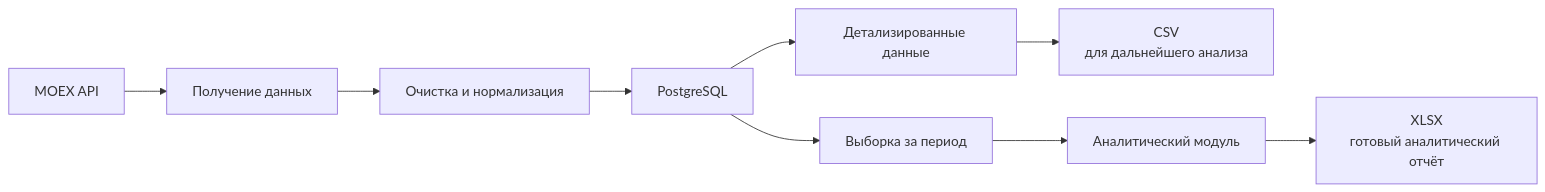
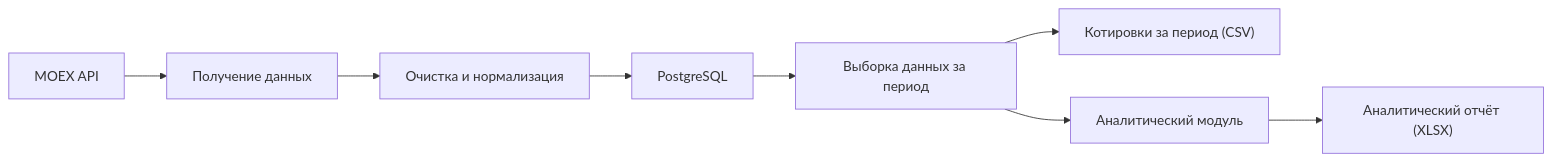
One commit to fetgrigory/Stock-Data-Service changed the diagram in README.md. Above: the diagram before and after it, drawn with Mermaid. The commit also changed other lines of this file, not shown here.

````diff
--- a/README.md
+++ b/README.md
@@ -14,13 +25,17 @@
 ```mermaid
 graph LR
+
     A[MOEX API] --> B[Получение данных]
+
     B --> C[Очистка и нормализация]
+
     C --> D[PostgreSQL]
 
-    D --> E[Детализированные данные]
-    E --> F[CSV<br/>для дальнейшего анализа]
+    D --> E[Выборка данных за период]
 
-    D --> G[Выборка за период]
-    G --> H[Аналитический модуль]
-    H --> I[XLSX<br/>готовый аналитический отчёт]
+    E --> F["Котировки за период (CSV)"]
+
+    E --> G[Аналитический модуль]
+
+    G --> H["Аналитический отчёт (XLSX)"]
 ```
````
